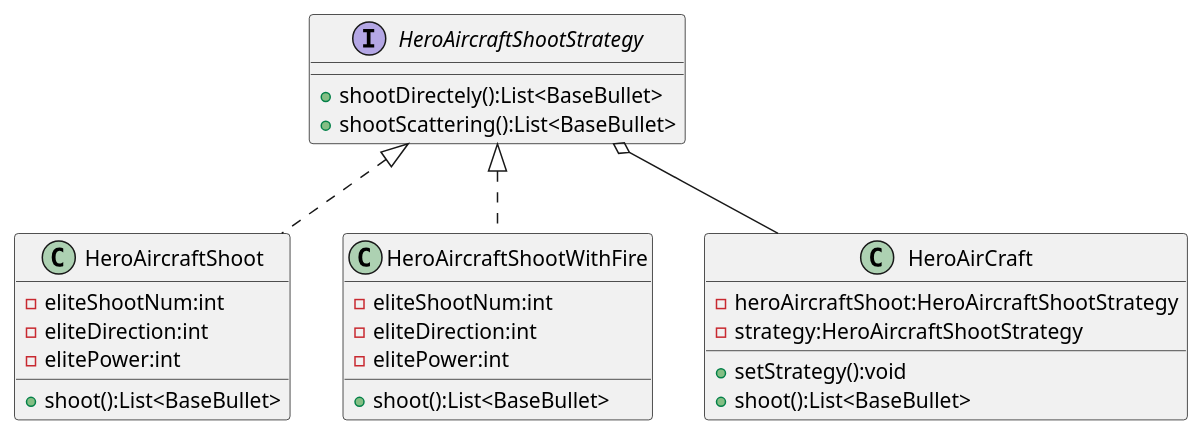
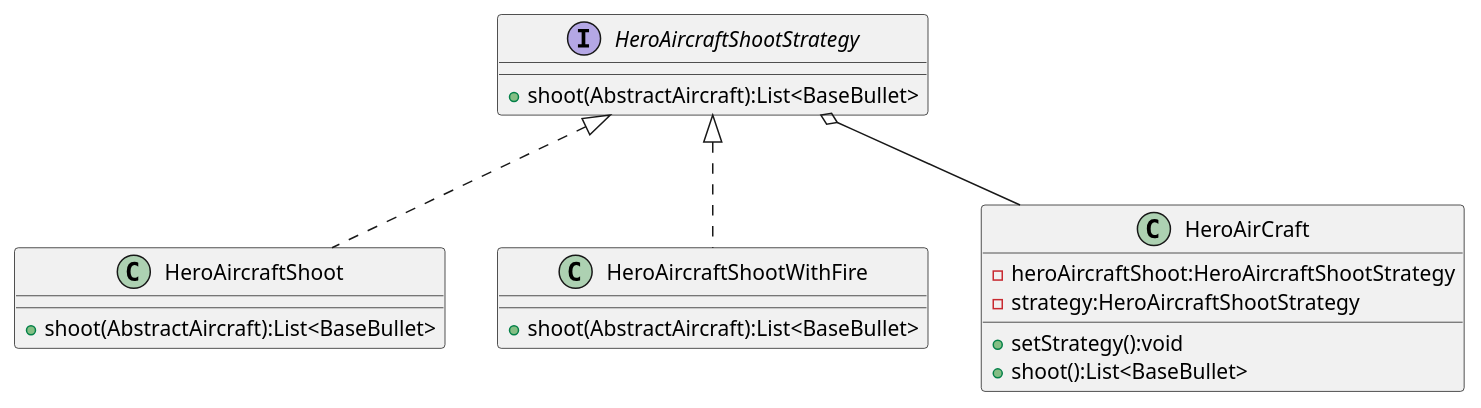
One commit to violence-max/GameAircraft changed the diagram in uml/HeroAircraftShootStrategy.puml. Above: the diagram before and after it, drawn with PlantUML. The commit also changed 16 other files, not shown here.

Commit message:
refactor:重写了单例模式、工厂模式、策略模式和数据访问对象模式的类图，新增了观察者模式和模板方法模式的类图

```diff
--- a/uml/HeroAircraftShootStrategy.puml
+++ b/uml/HeroAircraftShootStrategy.puml
@@ -1,34 +1,27 @@
 @startuml
 'https://plantuml.com/class-diagram
 
 class HeroAircraftShoot{
-    - eliteShootNum:int
-    - eliteDirection:int
-    - elitePower:int
-    + shoot():List<BaseBullet>
+    + shoot(AbstractAircraft):List<BaseBullet>
 }
 
 class HeroAircraftShootWithFire{
-    - eliteShootNum:int
-    - eliteDirection:int
-    - elitePower:int
-    + shoot():List<BaseBullet>
+    + shoot(AbstractAircraft):List<BaseBullet>
 }
 
 interface HeroAircraftShootStrategy{
-    + shootDirectely():List<BaseBullet>
-    + shootScattering():List<BaseBullet>
+    + shoot(AbstractAircraft):List<BaseBullet>
 }
 
 class HeroAirCraft{
     - heroAircraftShoot:HeroAircraftShootStrategy
     - strategy:HeroAircraftShootStrategy
     + setStrategy():void
     + shoot():List<BaseBullet>
 }
 
 HeroAircraftShootStrategy <|.. HeroAircraftShoot
 HeroAircraftShootStrategy <|.. HeroAircraftShootWithFire
 HeroAircraftShootStrategy o-- HeroAirCraft
 
 @enduml
```
